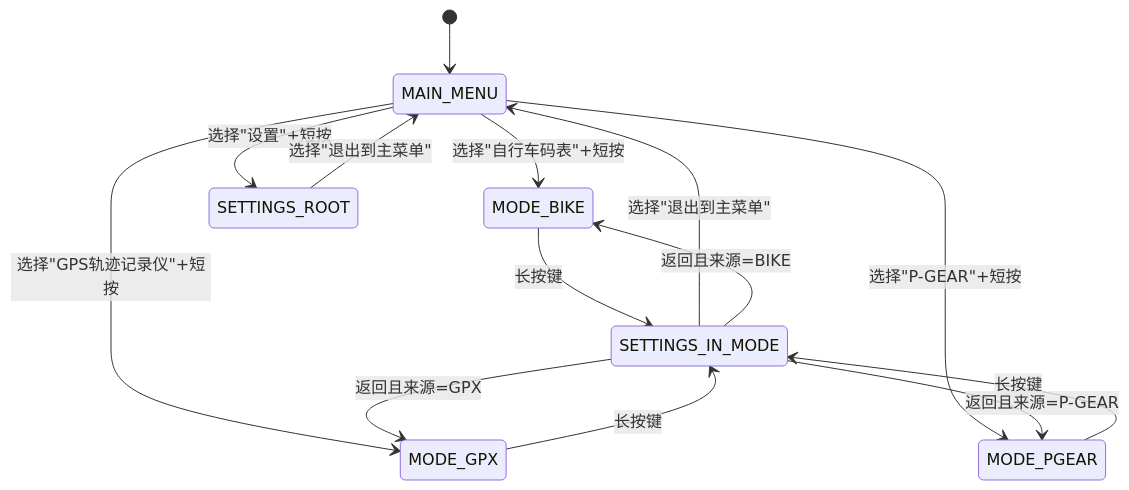
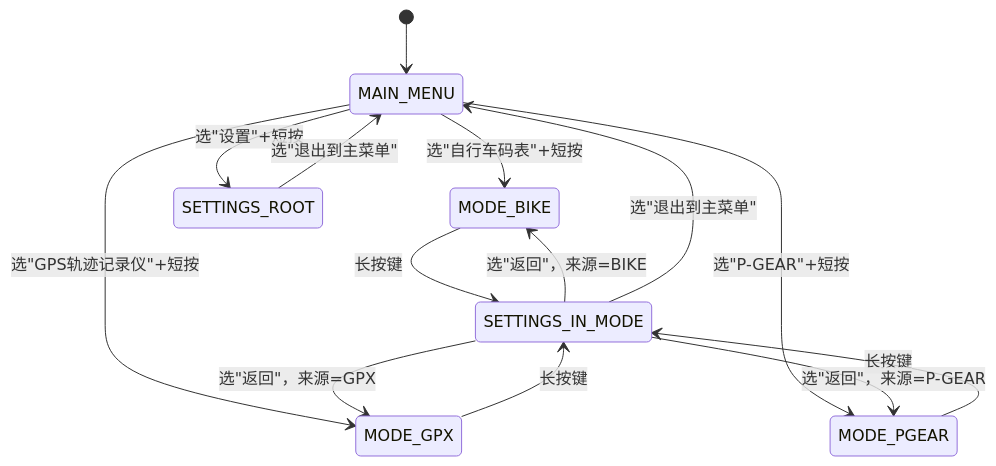
The first of 5 diagrams in README.md (Tyrael0sun/ESP32_S3-GPS-9axis_SENSOR), drawn with Mermaid before and after one commit. The commit also changed other lines of this file, not shown here.

````diff
--- a/README.md
+++ b/README.md
@@ -941,20 +1141,20 @@
 ```mermaid
 stateDiagram-v2
     [*] --> MAIN_MENU
 
-    MAIN_MENU --> MODE_BIKE:  选择"自行车码表"+短按
-    MAIN_MENU --> MODE_GPX:   选择"GPS轨迹记录仪"+短按
-    MAIN_MENU --> MODE_PGEAR: 选择"P-GEAR"+短按
-    MAIN_MENU --> SETTINGS_ROOT:选择"设置"+短按
+    MAIN_MENU --> MODE_BIKE:  选"自行车码表"+短按
+    MAIN_MENU --> MODE_GPX:   选"GPS轨迹记录仪"+短按
+    MAIN_MENU --> MODE_PGEAR: 选"P-GEAR"+短按
+    MAIN_MENU --> SETTINGS_ROOT: 选"设置"+短按
 
     MODE_BIKE --> SETTINGS_IN_MODE: 长按键
     MODE_GPX  --> SETTINGS_IN_MODE: 长按键
     MODE_PGEAR--> SETTINGS_IN_MODE: 长按键
 
-    SETTINGS_ROOT --> MAIN_MENU: 选择"退出到主菜单"
+    SETTINGS_ROOT --> MAIN_MENU: 选"退出到主菜单"
 
-    SETTINGS_IN_MODE --> MAIN_MENU: 选择"退出到主菜单"
-    SETTINGS_IN_MODE --> MODE_BIKE: 返回且来源=BIKE
-    SETTINGS_IN_MODE --> MODE_GPX:  返回且来源=GPX
-    SETTINGS_IN_MODE --> MODE_PGEAR:返回且来源=P-GEAR
+    SETTINGS_IN_MODE --> MODE_BIKE: 选"返回"，来源=BIKE
+    SETTINGS_IN_MODE --> MODE_GPX:  选"返回"，来源=GPX
+    SETTINGS_IN_MODE --> MODE_PGEAR:选"返回"，来源=P-GEAR
+    SETTINGS_IN_MODE --> MAIN_MENU: 选"退出到主菜单"
 ```
````
